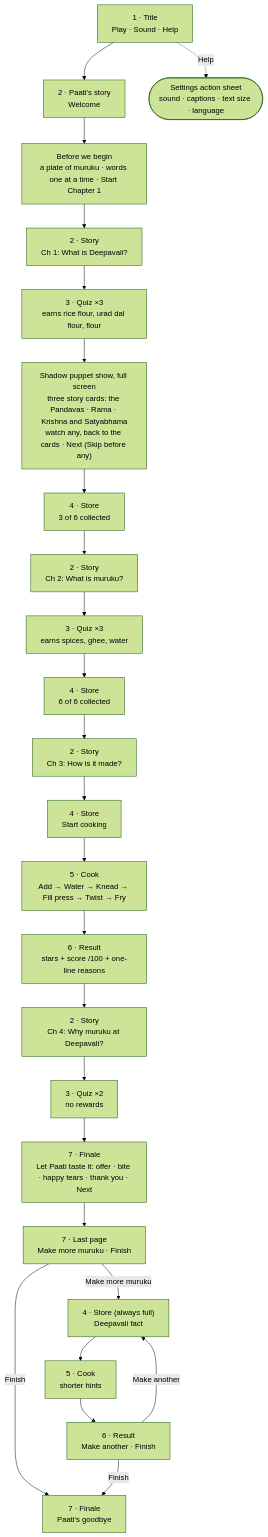
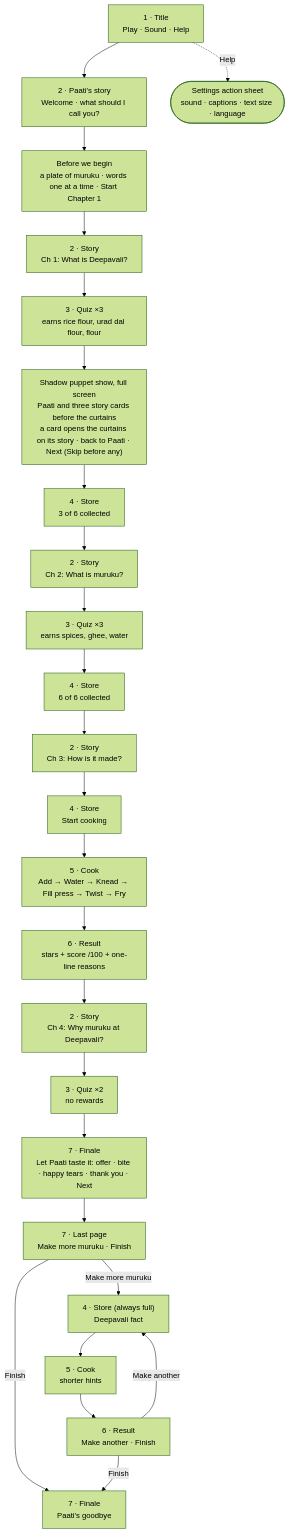
Before and after one commit to krishanala/paatis-recipe-kitchen: the diagram in docs/user-flow.md, drawn with Mermaid (forest theme). The commit also changed other lines of this file and 11 other files, not shown here.

First line of the commit message:
Paati asks your name; the puppet show opens on her card page

````diff
--- a/docs/user-flow.md
+++ b/docs/user-flow.md
@@ -5,32 +5,32 @@
 ```mermaid
 flowchart TD
-    T["1 · Title<br/>Play · Sound · Help"] --> W["2 · Paati's story<br/>Welcome"]
+    T["1 · Title<br/>Play · Sound · Help"] --> W["2 · Paati's story<br/>Welcome · what should I call you?"]
     T -. Help .-> S(["Settings action sheet<br/>sound · captions · text size · language"])
 
     W --> I["Before we begin<br/>a plate of muruku · words one at a time · Start Chapter 1"]
     I --> C1["2 · Story<br/>Ch 1: What is Deepavali?"]
     C1 --> Q1["3 · Quiz ×3<br/>earns rice flour, urad dal flour, flour"]
-    Q1 --> P["Shadow puppet show, full screen<br/>three story cards: the Pandavas · Rama · Krishna and Satyabhama<br/>watch any, back to the cards · Next (Skip before any)"]
+    Q1 --> P["Shadow puppet show, full screen<br/>Paati and three story cards before the curtains<br/>a card opens the curtains on its story · back to Paati · Next (Skip before any)"]
     P --> ST1["4 · Store<br/>3 of 6 collected"]
 
     ST1 --> C2["2 · Story<br/>Ch 2: What is muruku?"]
     C2 --> Q2["3 · Quiz ×3<br/>earns spices, ghee, water"]
     Q2 --> ST2["4 · Store<br/>6 of 6 collected"]
 
     ST2 --> C3["2 · Story<br/>Ch 3: How is it made?"]
     C3 --> ST3["4 · Store<br/>Start cooking"]
     ST3 --> K["5 · Cook<br/>Add → Water → Knead → Fill press → Twist → Fry"]
     K --> R["6 · Result<br/>stars + score /100 + one-line reasons"]
 
     R --> C4["2 · Story<br/>Ch 4: Why muruku at Deepavali?"]
     C4 --> Q4["3 · Quiz ×2<br/>no rewards"]
     Q4 --> F["7 · Finale<br/>Let Paati taste it: offer · bite · happy tears · thank you · Next"]
     F --> C["7 · Last page<br/>Make more muruku · Finish"]
     C -- Finish --> G["7 · Finale<br/>Paati's goodbye"]
 
     C -- Make more muruku --> FK["4 · Store (always full)<br/>Deepavali fact"]
     FK --> K2["5 · Cook<br/>shorter hints"]
     K2 --> R2["6 · Result<br/>Make another · Finish"]
     R2 -- Make another --> FK
     R2 -- Finish --> G
 ```
````
